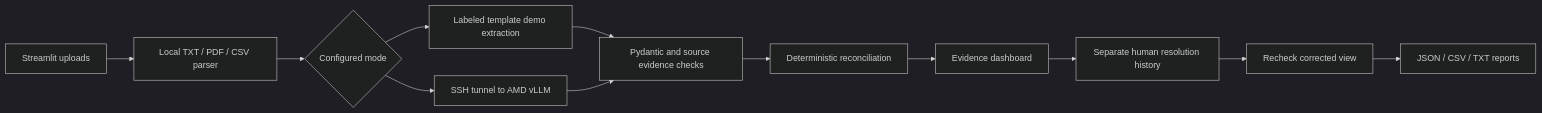
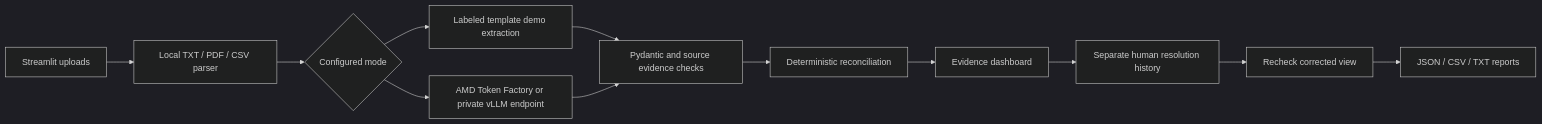
The diagram in docs/architecture.md (minteeqahmed-png/Specguard-ai), drawn with Mermaid (dark theme) before and after one commit. The commit also changed other lines of this file and 47 other files, not shown here.

````diff
--- a/docs/architecture.md
+++ b/docs/architecture.md
@@ -3,14 +3,14 @@
 ```mermaid
 flowchart LR
   A[Streamlit uploads] --> B[Local TXT / PDF / CSV parser]
   B --> C{Configured mode}
   C --> D[Labeled template demo extraction]
-  C --> E[SSH tunnel to AMD vLLM]
+  C --> E[AMD Token Factory or private vLLM endpoint]
   D --> F[Pydantic and source evidence checks]
   E --> F
   F --> G[Deterministic reconciliation]
   G --> H[Evidence dashboard]
   H --> I[Separate human resolution history]
   I --> J[Recheck corrected view]
   J --> K[JSON / CSV / TXT reports]
 ```
````
